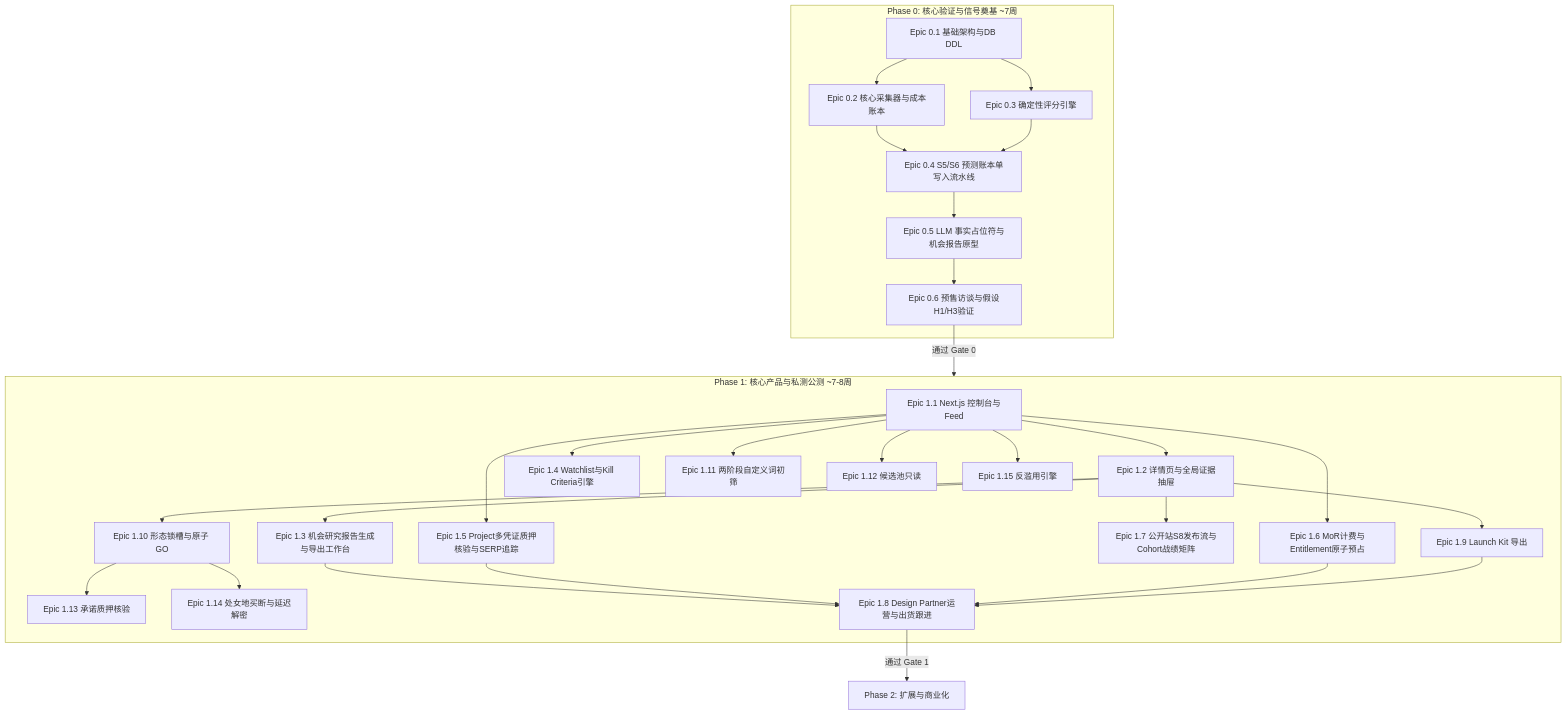
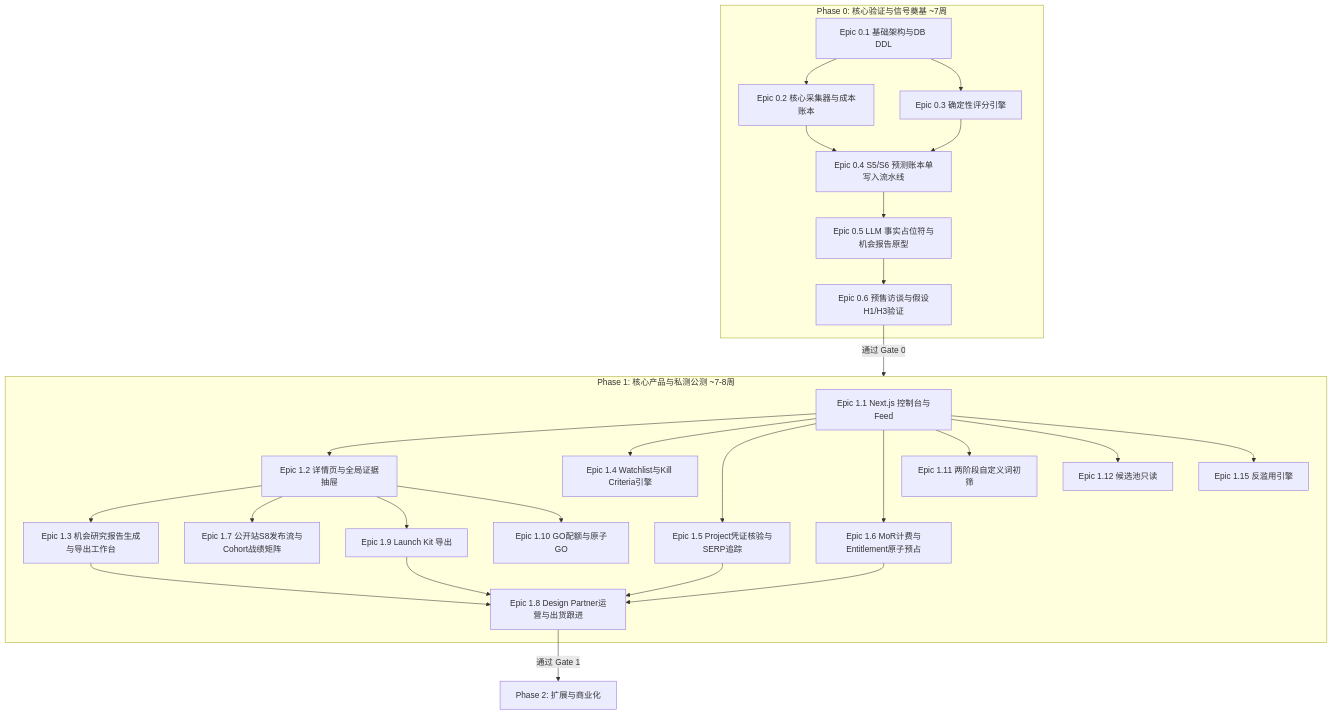
The diagram in docs/19-DELIVERY-PLAN.md (500wango/emeradar), drawn with Mermaid before and after one commit. The commit also changed other lines of this file and 23 other files, not shown here.

````diff
--- a/docs/19-DELIVERY-PLAN.md
+++ b/docs/19-DELIVERY-PLAN.md
@@ -15,31 +15,29 @@
 ```mermaid
 flowchart TD
   subgraph P0[Phase 0: 核心验证与信号奠基 ~7周]
     E01[Epic 0.1 基础架构与DB DDL] --> E02[Epic 0.2 核心采集器与成本账本]
     E01 --> E03[Epic 0.3 确定性评分引擎]
     E02 & E03 --> E04[Epic 0.4 S5/S6 预测账本单写入流水线]
     E04 --> E05[Epic 0.5 LLM 事实占位符与机会报告原型]
     E05 --> E06[Epic 0.6 预售访谈与假设H1/H3验证]
   end
 
   E06 -->|通过 Gate 0| P1[Phase 1: 核心产品与私测公测 ~7-8周]
 
   subgraph P1[Phase 1: 核心产品与私测公测 ~7-8周]
     E11[Epic 1.1 Next.js 控制台与Feed] --> E12[Epic 1.2 详情页与全局证据抽屉]
     E12 --> E13[Epic 1.3 机会研究报告生成与导出工作台]
     E11 --> E14[Epic 1.4 Watchlist与Kill Criteria引擎]
-    E11 --> E15[Epic 1.5 Project多凭证质押核验与SERP追踪]
+    E11 --> E15[Epic 1.5 Project凭证核验与SERP追踪]
     E11 --> E16[Epic 1.6 MoR计费与Entitlement原子预占]
     E12 --> E17[Epic 1.7 公开站S8发布流与Cohort战绩矩阵]
     E12 --> E19[Epic 1.9 Launch Kit 导出]
-    E12 --> E20[Epic 1.10 形态锁槽与原子 GO]
+    E12 --> E20[Epic 1.10 GO配额与原子GO]
     E11 --> E21[Epic 1.11 两阶段自定义词初筛]
     E11 --> E22[Epic 1.12 候选池只读]
-    E20 --> E23[Epic 1.13 承诺质押核验]
-    E20 --> E24[Epic 1.14 处女地买断与延迟解密]
     E11 --> E25[Epic 1.15 反滥用引擎]
     E13 & E15 & E16 & E19 --> E18[Epic 1.8 Design Partner运营与出货跟进]
   end
 
   E18 -->|通过 Gate 1| P2[Phase 2: 扩展与商业化]
 ```
````
